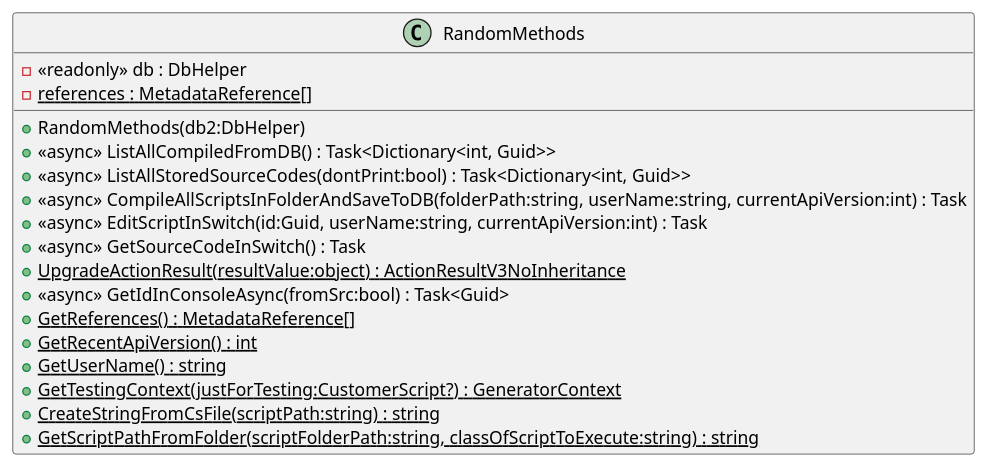
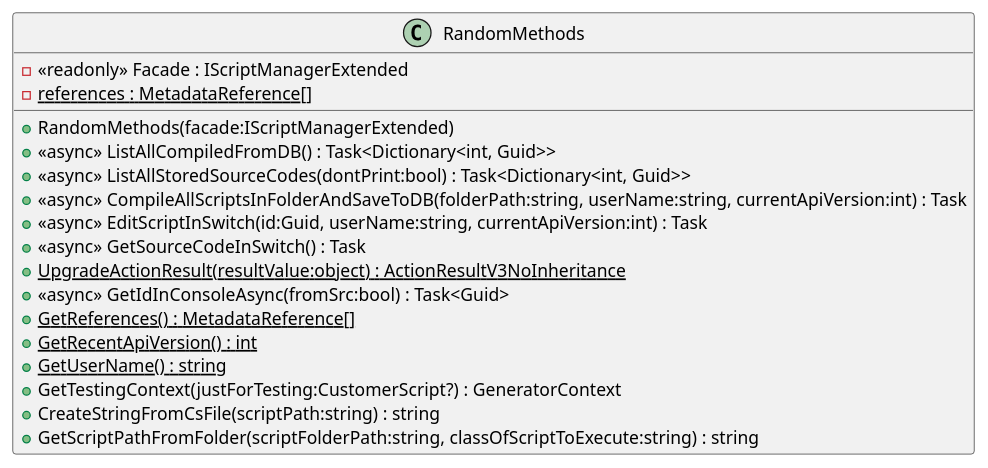
Before and after one commit to conrad-gilles/Scripting-Proof-of-Concept: the diagram in diagrams/sandbox/src/RandomMethods.puml, drawn with PlantUML. The commit also changed 15 other files, not shown here.

```diff
--- a/diagrams/sandbox/src/RandomMethods.puml
+++ b/diagrams/sandbox/src/RandomMethods.puml
@@ -1,20 +1,20 @@
 @startuml
 class RandomMethods {
-    - <<readonly>> db : DbHelper
-    + RandomMethods(db2:DbHelper)
+    - <<readonly>> Facade : IScriptManagerExtended
+    + RandomMethods(facade:IScriptManagerExtended)
     + <<async>> ListAllCompiledFromDB() : Task<Dictionary<int, Guid>>
     + <<async>> ListAllStoredSourceCodes(dontPrint:bool) : Task<Dictionary<int, Guid>>
     + <<async>> CompileAllScriptsInFolderAndSaveToDB(folderPath:string, userName:string, currentApiVersion:int) : Task
     + <<async>> EditScriptInSwitch(id:Guid, userName:string, currentApiVersion:int) : Task
     + <<async>> GetSourceCodeInSwitch() : Task
     + {static} UpgradeActionResult(resultValue:object) : ActionResultV3NoInheritance
     + <<async>> GetIdInConsoleAsync(fromSrc:bool) : Task<Guid>
     - {static} references : MetadataReference[]
     + {static} GetReferences() : MetadataReference[]
     + {static} GetRecentApiVersion() : int
     + {static} GetUserName() : string
-    + {static} GetTestingContext(justForTesting:CustomerScript?) : GeneratorContext
-    + {static} CreateStringFromCsFile(scriptPath:string) : string
-    + {static} GetScriptPathFromFolder(scriptFolderPath:string, classOfScriptToExecute:string) : string
+    + GetTestingContext(justForTesting:CustomerScript?) : GeneratorContext
+    + CreateStringFromCsFile(scriptPath:string) : string
+    + GetScriptPathFromFolder(scriptFolderPath:string, classOfScriptToExecute:string) : string
 }
 @enduml
```
